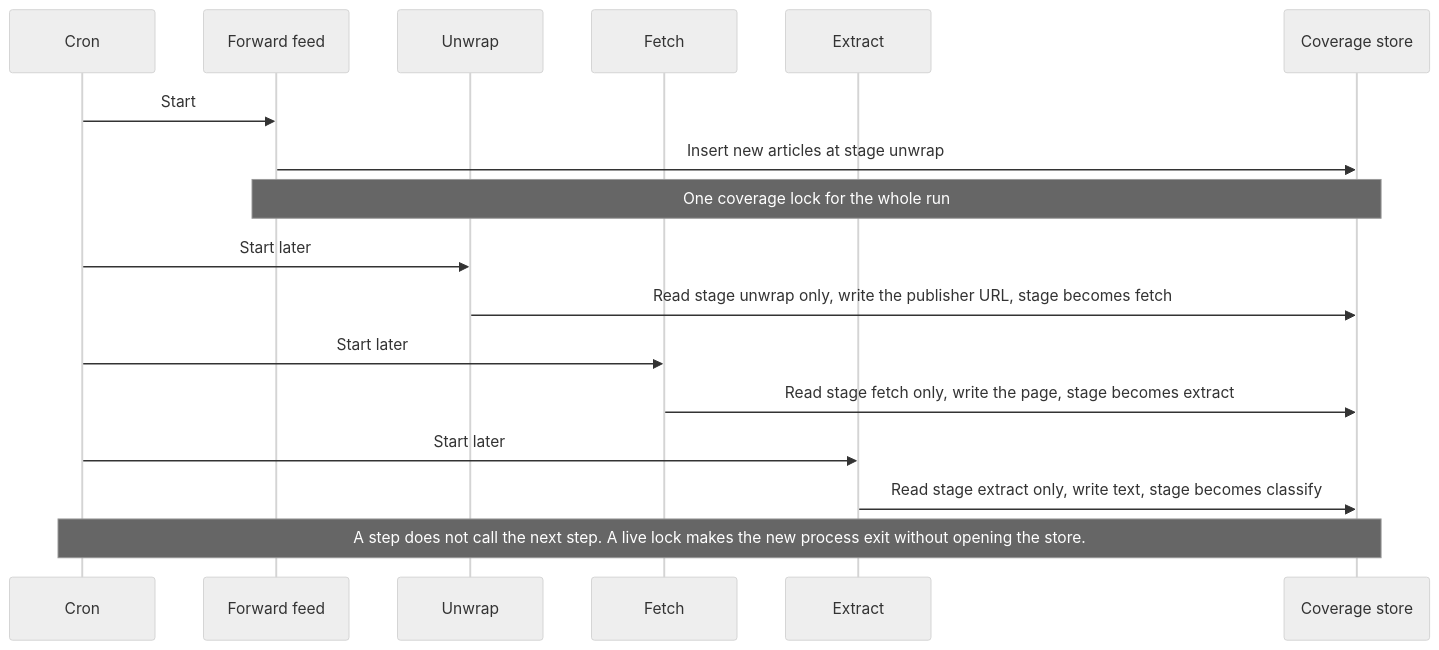
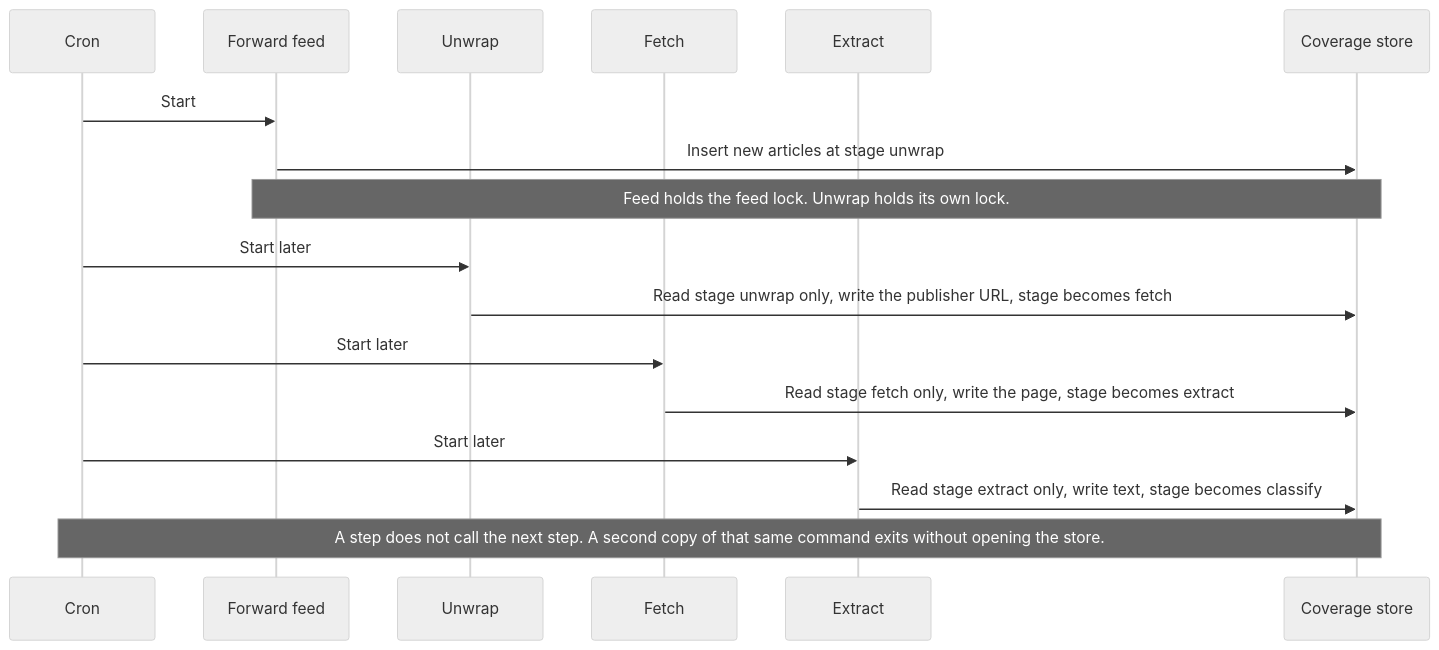
The third of 8 diagrams in docs/ARCHITECTURE.md (itayavtalyon/press-mentions), drawn with Mermaid (neutral theme) before and after one commit. The commit also changed other lines of this file and 7 other files, not shown here.

First line of the commit message:
docs: record a lock per pipeline command

````diff
--- a/docs/ARCHITECTURE.md
+++ b/docs/ARCHITECTURE.md
@@ -98,20 +98,20 @@
 ```mermaid
 sequenceDiagram
   participant Cron
   participant Feed as Forward feed
   participant Unwrap
   participant Fetch
   participant Extract
   participant DB as Coverage store
 
   Cron->>Feed: Start
   Feed->>DB: Insert new articles at stage unwrap
-  Note over Feed,DB: One coverage lock for the whole run
+  Note over Feed,DB: Feed holds the feed lock. Unwrap holds its own lock.
   Cron->>Unwrap: Start later
   Unwrap->>DB: Read stage unwrap only, write the publisher URL, stage becomes fetch
   Cron->>Fetch: Start later
   Fetch->>DB: Read stage fetch only, write the page, stage becomes extract
   Cron->>Extract: Start later
   Extract->>DB: Read stage extract only, write text, stage becomes classify
-  Note over Cron,DB: A step does not call the next step. A live lock makes the new process exit without opening the store.
+  Note over Cron,DB: A step does not call the next step. A second copy of that same command exits without opening the store.
 ```
````
